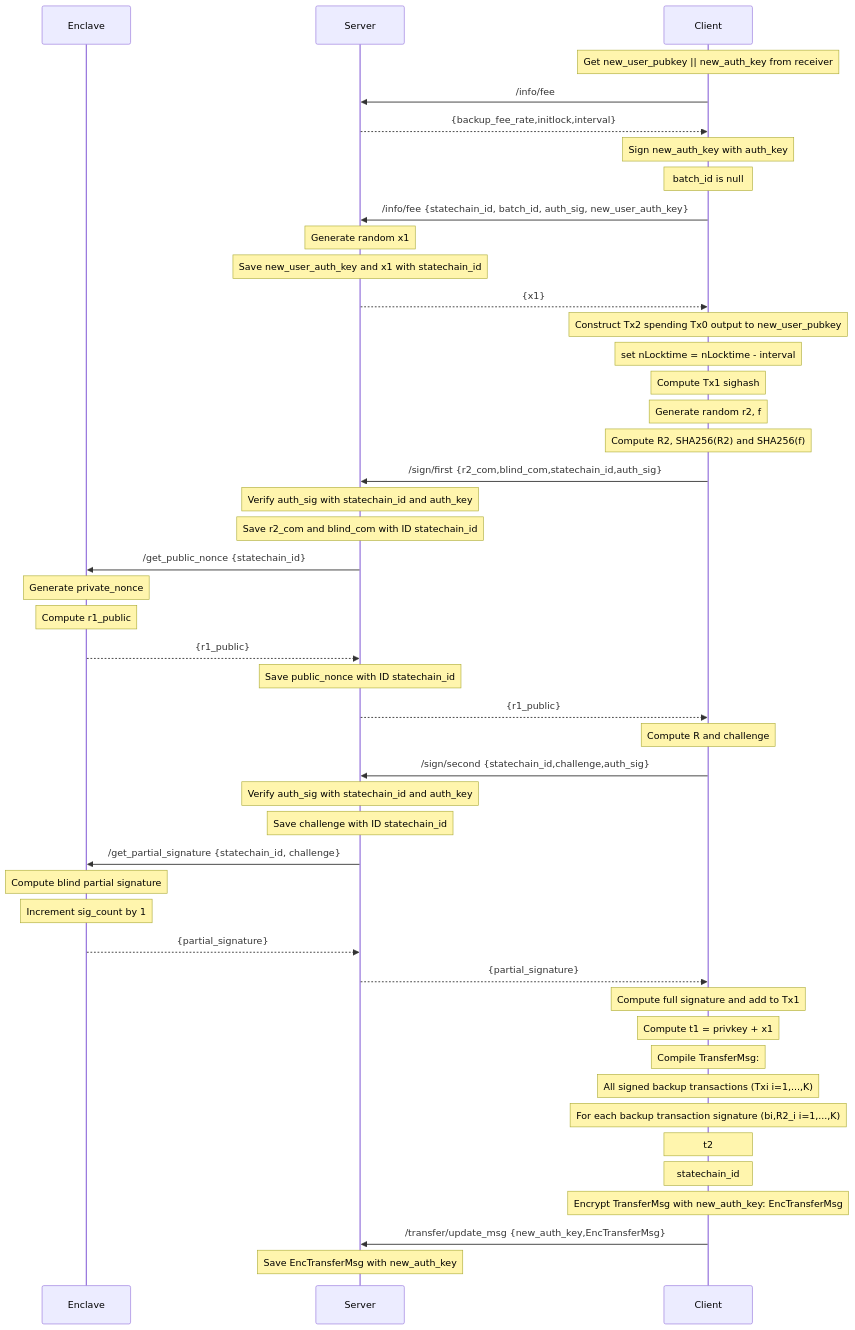
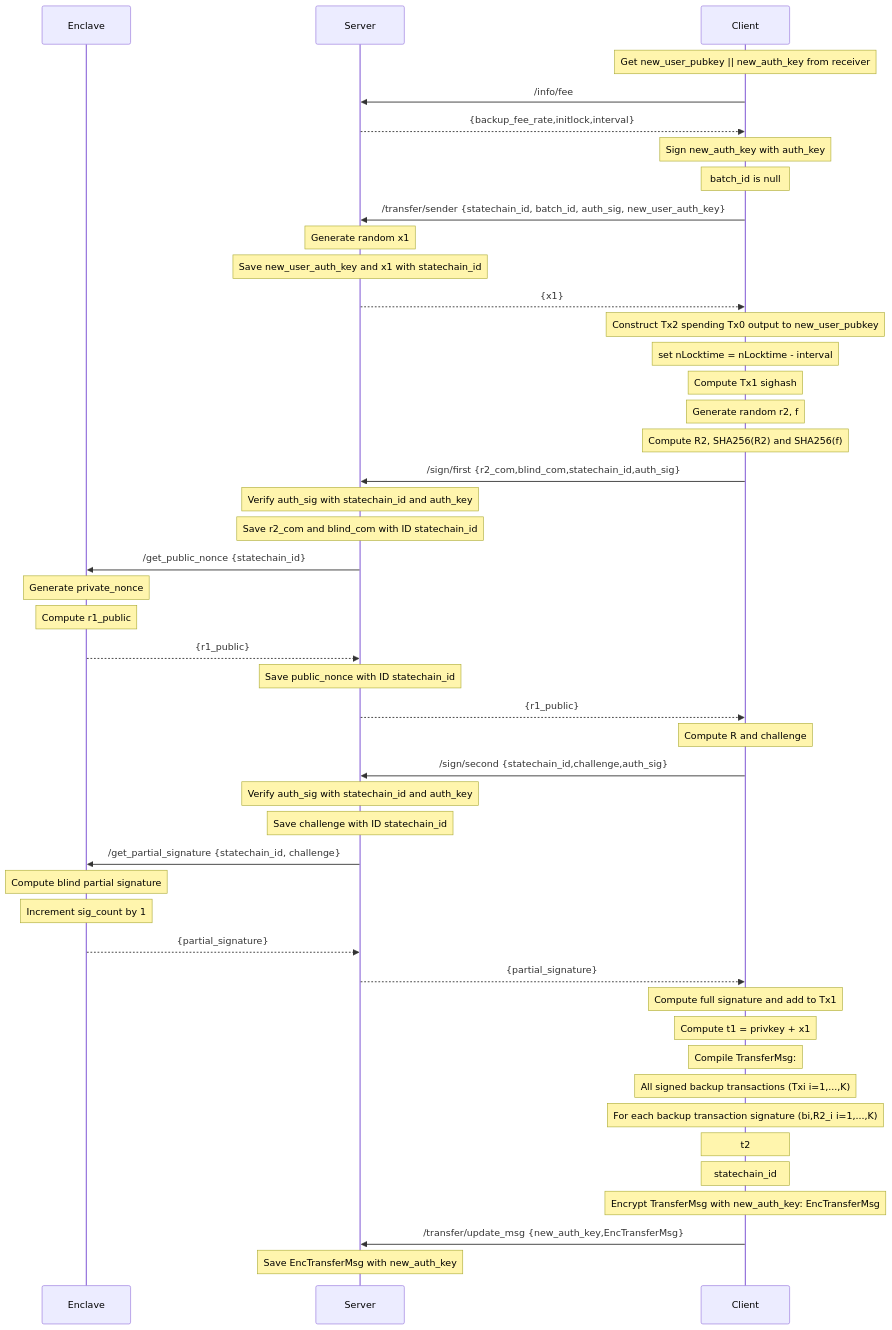
One commit to commerceblock/mercurylayer changed the diagram in docs/transfer_sender_sequence.md. Above: the diagram before and after it, drawn with Mermaid.

````diff
--- a/docs/transfer_sender_sequence.md
+++ b/docs/transfer_sender_sequence.md
@@ -3,48 +3,48 @@
 ```mermaid
 sequenceDiagram
     participant Enclave
     participant Server
     participant Client
     note over Client: Get new_user_pubkey || new_auth_key from receiver
     Client->>Server: /info/fee
     Server-->>Client: {backup_fee_rate,initlock,interval}
     note over Client: Sign new_auth_key with auth_key
     note over Client: batch_id is null
-    Client->>Server: /info/fee {statechain_id, batch_id, auth_sig, new_user_auth_key}
+    Client->>Server: /transfer/sender {statechain_id, batch_id, auth_sig, new_user_auth_key}
     note over Server: Generate random x1
     note over Server: Save new_user_auth_key and x1 with statechain_id
     Server-->>Client: {x1}
     note over Client: Construct Tx2 spending Tx0 output to new_user_pubkey
     note over Client: set nLocktime = nLocktime - interval
     note over Client: Compute Tx1 sighash
     note over Client: Generate random r2, f 
     note over Client: Compute R2, SHA256(R2) and SHA256(f)
     Client->>Server: /sign/first {r2_com,blind_com,statechain_id,auth_sig}
     note over Server: Verify auth_sig with statechain_id and auth_key
     note over Server: Save r2_com and blind_com with ID statechain_id
     Server->>Enclave: /get_public_nonce {statechain_id}
     note over Enclave: Generate private_nonce
     note over Enclave: Compute r1_public
     Enclave-->>Server: {r1_public}
     note over Server: Save public_nonce with ID statechain_id
     Server-->>Client: {r1_public}
     note over Client: Compute R and challenge
     Client->>Server: /sign/second {statechain_id,challenge,auth_sig}
     note over Server: Verify auth_sig with statechain_id and auth_key
     note over Server: Save challenge  with ID statechain_id
     Server->>Enclave: /get_partial_signature {statechain_id, challenge}
     note over Enclave: Compute blind partial signature
     note over Enclave: Increment sig_count by 1
     Enclave-->>Server: {partial_signature}
     Server-->>Client: {partial_signature}
     note over Client: Compute full signature and add to Tx1
     note over Client: Compute t1 = privkey + x1
     note over Client: Compile TransferMsg: 
     note over Client: All signed backup transactions (Txi i=1,...,K)
     note over Client: For each backup transaction signature (bi,R2_i i=1,...,K)
     note over Client: t2
     note over Client: statechain_id
     note over Client: Encrypt TransferMsg with new_auth_key: EncTransferMsg
     Client->>Server: /transfer/update_msg {new_auth_key,EncTransferMsg}
     note over Server: Save EncTransferMsg with new_auth_key
 ```
````
